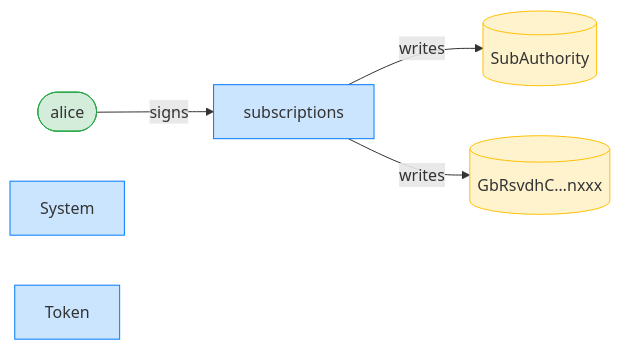
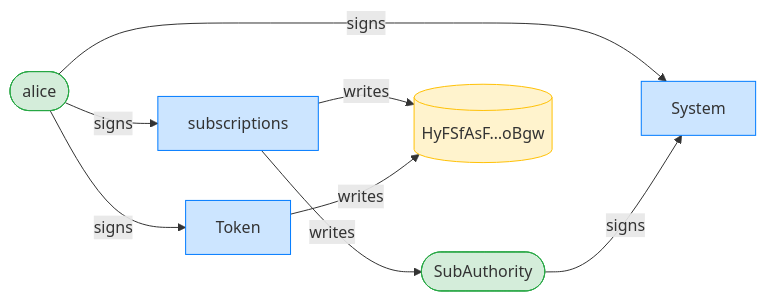
One commit to cds-rs/subscriptions changed the third of 8 diagrams in dsl_tests/transfer-subscription--a-closed-plan-is-refused.md. Above: the diagram before and after it, drawn with Mermaid. The commit also changed other lines of this file and 224 other files, not shown here.

````diff
--- a/dsl_tests/transfer-subscription--a-closed-plan-is-refused.md
+++ b/dsl_tests/transfer-subscription--a-closed-plan-is-refused.md
@@ -55,15 +56,19 @@
 ```mermaid
 flowchart LR
     classDef signer fill:#d4edda,stroke:#28a745;
     classDef program fill:#cce5ff,stroke:#007bff;
     classDef writable fill:#fff3cd,stroke:#ffc107;
     subscriptions[subscriptions]:::program
     alice([alice]):::signer
-    SubAuthority[(SubAuthority)]:::writable
-    GbRsvdhC_nxxx[("GbRsvdhC…nxxx")]:::writable
+    SubAuthority([SubAuthority]):::signer
+    HyFSfAsF_oBgw[("HyFSfAsF…oBgw")]:::writable
     System[System]:::program
     Token[Token]:::program
     alice -->|signs| subscriptions
+    alice -->|signs| System
+    SubAuthority -->|signs| System
+    alice -->|signs| Token
     subscriptions -->|writes| SubAuthority
-    subscriptions -->|writes| GbRsvdhC_nxxx
+    subscriptions -->|writes| HyFSfAsF_oBgw
+    Token -->|writes| HyFSfAsF_oBgw
 ```
````
